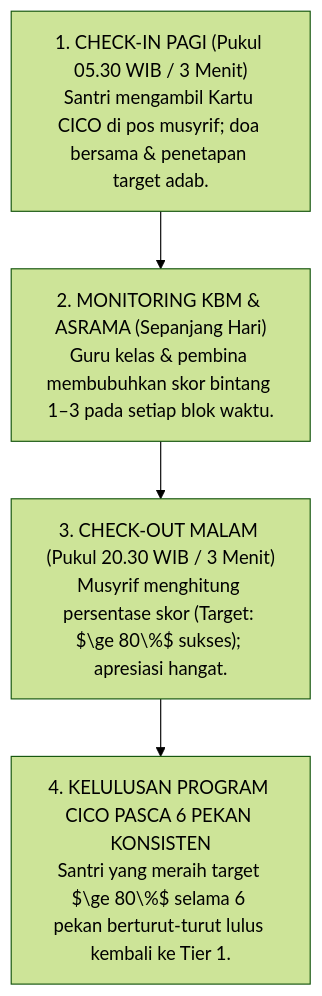
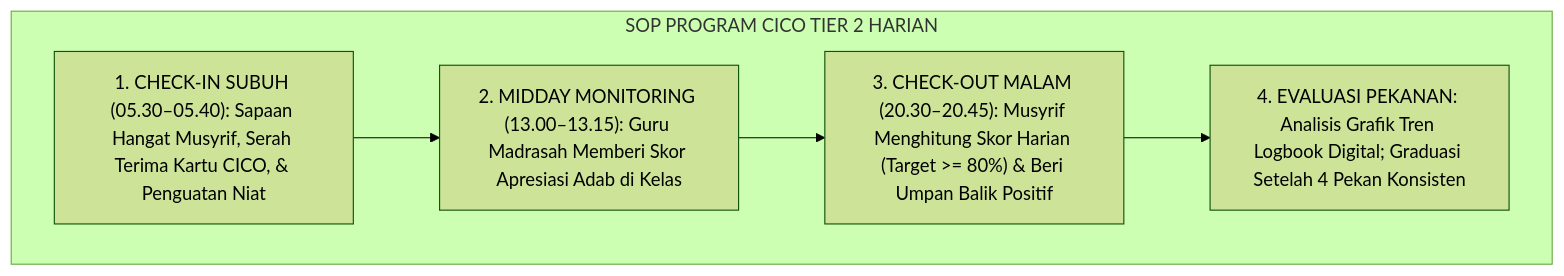
One commit to wandiapriliyandi/tumbuh changed the third of 3 diagrams in 02 Principles/06 Intervention Principles/P2-06-01-Prinsip-Multi-Tier-Intervention-PBIS.md. Above: the diagram before and after it, drawn with Mermaid (forest theme). The commit also changed other lines of this file and 7 other files, not shown here.

````diff
--- a/02 Principles/06 Intervention Principles/P2-06-01-Prinsip-Multi-Tier-Intervention-PBIS.md
+++ b/02 Principles/06 Intervention Principles/P2-06-01-Prinsip-Multi-Tier-Intervention-PBIS.md
@@ -224,12 +152,9 @@
 ```mermaid
 flowchart TD
-    CICO1["1. CHECK-IN PAGI (Pukul 05.30 WIB / 3 Menit)<br/>Santri mengambil Kartu CICO di pos musyrif; doa bersama & penetapan target adab."]
-    
-    CICO2["2. MONITORING KBM & ASRAMA (Sepanjang Hari)<br/>Guru kelas & pembina membubuhkan skor bintang 1–3 pada setiap blok waktu."]
-    
-    CICO3["3. CHECK-OUT MALAM (Pukul 20.30 WIB / 3 Menit)<br/>Musyrif menghitung persentase skor (Target: $\ge 80\%$ sukses); apresiasi hangat."]
-    
-    CICO4["4. KELULUSAN PROGRAM CICO PASCA 6 PEKAN KONSISTEN<br/>Santri yang meraih target $\ge 80\%$ selama 6 pekan berturut-turut lulus kembali ke Tier 1."]
-    
-    CICO1 --> CICO2 --> CICO3 --> CICO4
+    subgraph SOPProgramCICOHarian["SOP PROGRAM CICO TIER 2 HARIAN"]
+        CheckInSubuh["1. CHECK-IN SUBUH (05.30–05.40): Sapaan Hangat Musyrif, Serah Terima Kartu CICO, & Penguatan Niat"]
+        --> MonitoringSiang["2. MIDDAY MONITORING (13.00–13.15): Guru Madrasah Memberi Skor Apresiasi Adab di Kelas"]
+        --> CheckOutMalam["3. CHECK-OUT MALAM (20.30–20.45): Musyrif Menghitung Skor Harian (Target >= 80%) & Beri Umpan Balik Positif"]
+        --> EvaluasiPekanan["4. EVALUASI PEKANAN: Analisis Grafik Tren Logbook Digital; Graduasi Setelah 4 Pekan Konsisten"]
+    end
 ```
````
